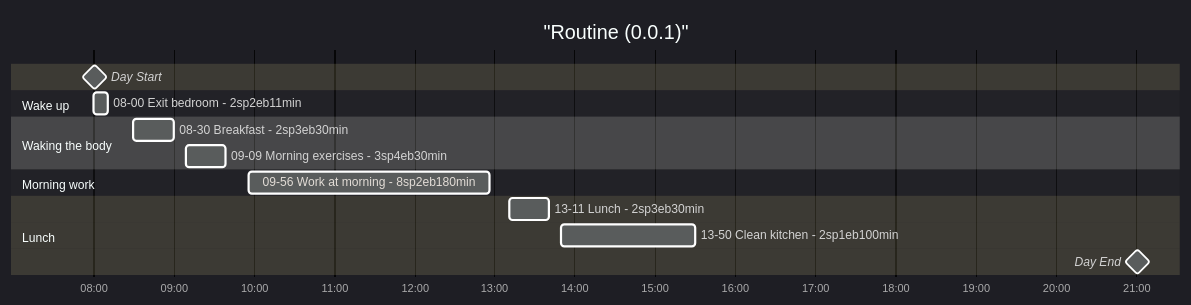
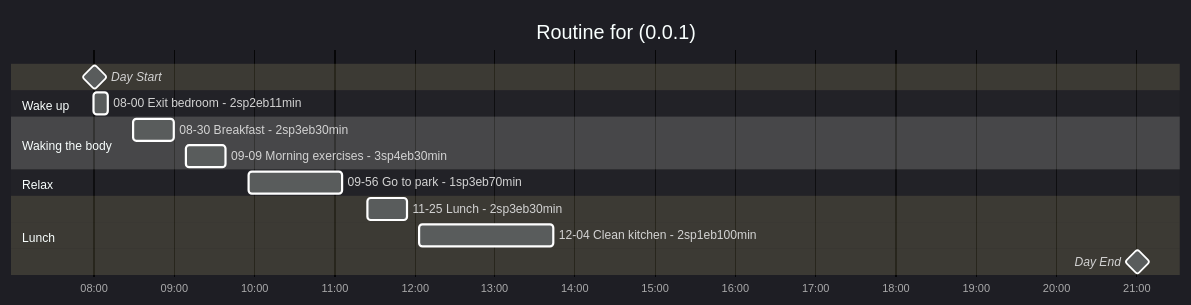
Before and after one commit to thisago/routineParser: the diagram in readme.org, drawn with Mermaid. The commit also changed other lines of this file and 1 other file, not shown here.

```diff
--- a/readme.org
+++ b/readme.org
@@ -105,25 +107,25 @@
 #+begin_src mermaid :file example.svg
 %%{init: { 'theme': 'dark' } }%%
 gantt
-  title "Routine (0.0.1)"
+  title Routine for  (0.0.1)
   dateFormat HH:mm
   axisFormat %H:%M
 
   Day Start : milestone, m1, 08:00, 2m
 
   section Wake up
   08-00 Exit bedroom - 2sp2eb11min : 08:00, 11m
 
   section Waking the body
   08-30 Breakfast - 2sp3eb30min : 08:30, 30m
   09-09 Morning exercises - 3sp4eb30min : 09:09, 30m
 
-  section Morning work
-  09-56 Work at morning - 8sp2eb180min : 09:56, 180m
+  section Relax
+  09-56 Go to park - 1sp3eb70min : 09:56, 70m
 
   section Lunch
-  13-11 Lunch - 2sp3eb30min : 13:11, 30m
-  13-50 Clean kitchen - 2sp1eb100min : 13:50, 100m
+  11-25 Lunch - 2sp3eb30min : 11:25, 30m
+  12-04 Clean kitchen - 2sp1eb100min : 12:04, 100m
 
   Day End : milestone, m2, 21:00, 2m
 #+end_src
```
